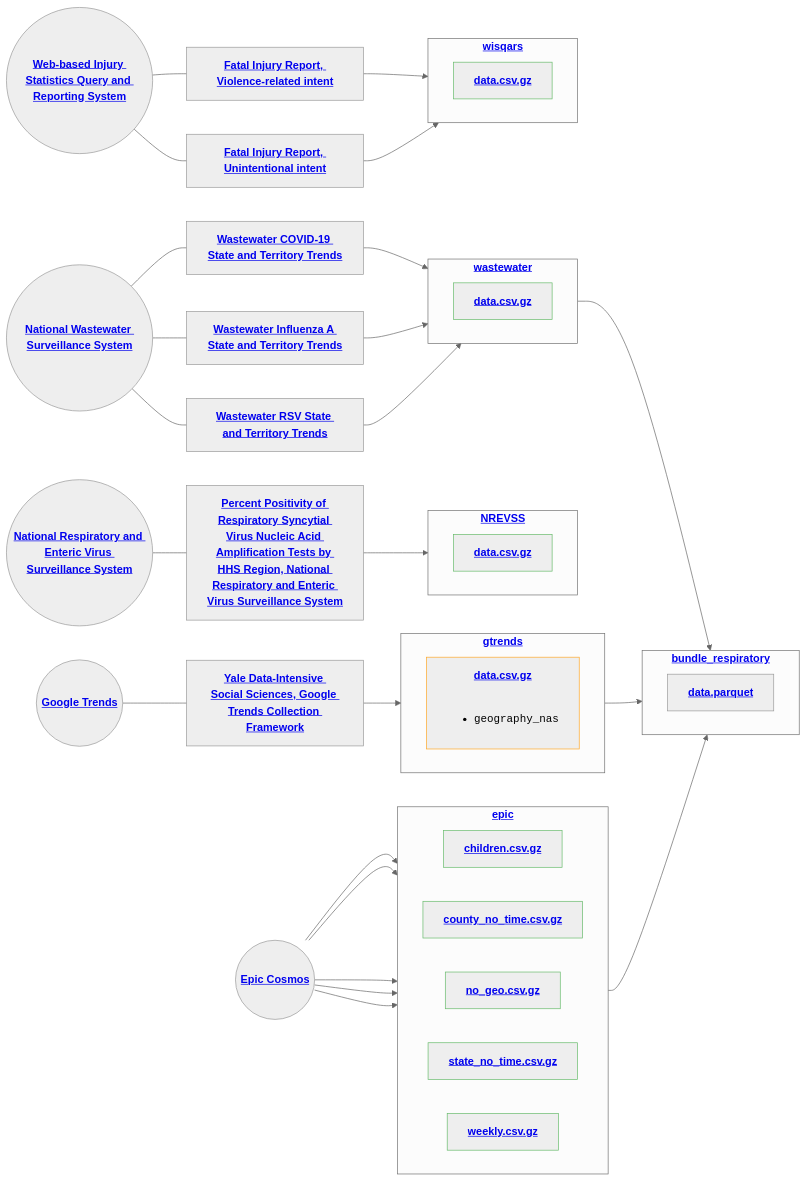
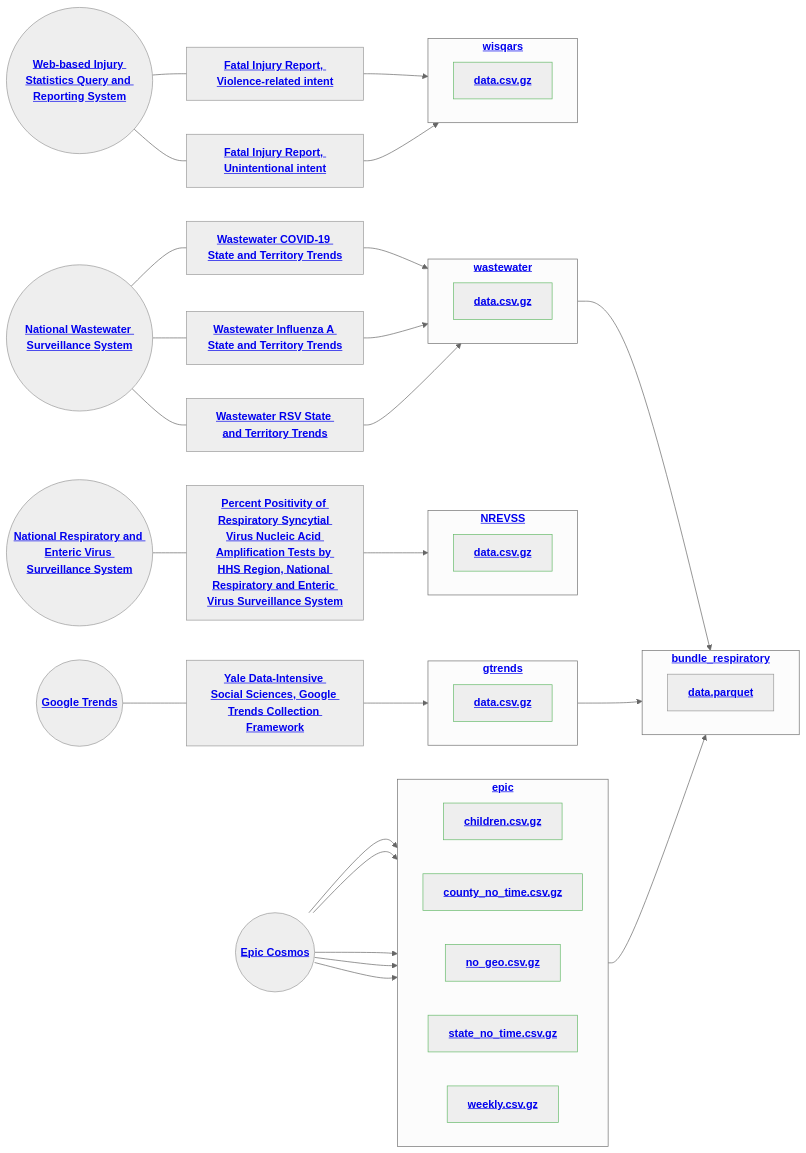
One commit to DISSC-yale/pophive_demo changed the diagram in status.md. Above: the diagram before and after it, drawn with Mermaid (neutral theme). The commit also changed 11 other files, not shown here.

````diff
--- a/status.md
+++ b/status.md
@@ -1,61 +1,61 @@
 ```mermaid
 flowchart LR
     classDef pass stroke:#66bb6a
     classDef warn stroke:#ffa726
     classDef fail stroke:#f44336
     s0(("<strong><a href="https://cosmos.epic.com" target="_blank" rel="noreferrer">Epic Cosmos</a></strong>"))
     s1(("<strong><a href="https://trends.google.com" target="_blank" rel="noreferrer">Google Trends</a></strong>"))
     s3(("<strong><a href="https://www.cdc.gov/nrevss" target="_blank" rel="noreferrer">National Respiratory and Enteric Virus Surveillance System</a></strong>"))
     s5(("<strong><a href="https://www.cdc.gov/nwss" target="_blank" rel="noreferrer">National Wastewater Surveillance System</a></strong>"))
     s9(("<strong><a href="https://wisqars.cdc.gov/" target="_blank" rel="noreferrer">Web-based Injury Statistics Query and Reporting System</a></strong>"))
     subgraph epic["`<strong><a href="https://github.com/dissc-yale/pophive_demo/tree/main/data/epic" target="_blank" rel="noreferrer">epic</a></strong>`"]
         direction LR
         n1["`<strong><a href="https://github.com/dissc-yale/pophive_demo/blob/main/data/epic/standard/children.csv.gz" target="_blank" rel="noreferrer">children.csv.gz</a></strong>`"]:::pass
         n2["`<strong><a href="https://github.com/dissc-yale/pophive_demo/blob/main/data/epic/standard/county_no_time.csv.gz" target="_blank" rel="noreferrer">county_no_time.csv.gz</a></strong>`"]:::pass
         n3["`<strong><a href="https://github.com/dissc-yale/pophive_demo/blob/main/data/epic/standard/no_geo.csv.gz" target="_blank" rel="noreferrer">no_geo.csv.gz</a></strong>`"]:::pass
         n4["`<strong><a href="https://github.com/dissc-yale/pophive_demo/blob/main/data/epic/standard/state_no_time.csv.gz" target="_blank" rel="noreferrer">state_no_time.csv.gz</a></strong>`"]:::pass
         n5["`<strong><a href="https://github.com/dissc-yale/pophive_demo/blob/main/data/epic/standard/weekly.csv.gz" target="_blank" rel="noreferrer">weekly.csv.gz</a></strong>`"]:::pass
     end
     subgraph gtrends["`<strong><a href="https://github.com/dissc-yale/pophive_demo/tree/main/data/gtrends" target="_blank" rel="noreferrer">gtrends</a></strong>`"]
         direction LR
-        n6["`<strong><a href="https://github.com/dissc-yale/pophive_demo/blob/main/data/gtrends/standard/data.csv.gz" target="_blank" rel="noreferrer">data.csv.gz</a></strong><br/><br/><ul><li><code>geography_nas</code></li></ul>`"]:::warn
+        n6["`<strong><a href="https://github.com/dissc-yale/pophive_demo/blob/main/data/gtrends/standard/data.csv.gz" target="_blank" rel="noreferrer">data.csv.gz</a></strong>`"]:::pass
     end
     subgraph NREVSS["`<strong><a href="https://github.com/dissc-yale/pophive_demo/tree/main/data/NREVSS" target="_blank" rel="noreferrer">NREVSS</a></strong>`"]
         direction LR
         n7["`<strong><a href="https://github.com/dissc-yale/pophive_demo/blob/main/data/NREVSS/standard/data.csv.gz" target="_blank" rel="noreferrer">data.csv.gz</a></strong>`"]:::pass
     end
     subgraph wastewater["`<strong><a href="https://github.com/dissc-yale/pophive_demo/tree/main/data/wastewater" target="_blank" rel="noreferrer">wastewater</a></strong>`"]
         direction LR
         n8["`<strong><a href="https://github.com/dissc-yale/pophive_demo/blob/main/data/wastewater/standard/data.csv.gz" target="_blank" rel="noreferrer">data.csv.gz</a></strong>`"]:::pass
     end
     subgraph wisqars["`<strong><a href="https://github.com/dissc-yale/pophive_demo/tree/main/data/wisqars" target="_blank" rel="noreferrer">wisqars</a></strong>`"]
         direction LR
         n9["`<strong><a href="https://github.com/dissc-yale/pophive_demo/blob/main/data/wisqars/standard/data.csv.gz" target="_blank" rel="noreferrer">data.csv.gz</a></strong>`"]:::pass
     end
     subgraph bundle_respiratory["`<strong><a href="https://github.com/dissc-yale/pophive_demo/tree/main/data/bundle_respiratory" target="_blank" rel="noreferrer">bundle_respiratory</a></strong>`"]
         direction LR
         n10["`<strong><a href="https://github.com/dissc-yale/pophive_demo/blob/main/data/bundle_respiratory/dist/data.parquet" target="_blank" rel="noreferrer">data.parquet</a></strong>`"]
     end
     s0 --> n1
     s0 --> n2
     s0 --> n3
     s0 --> n4
     s0 --> n5
     s1---s2["<strong><a href="https://github.com/DISSC-yale/gtrends_collection" target="_blank" rel="noreferrer">Yale Data-Intensive Social Sciences, Google Trends Collection Framework</a></strong>"]
     s2 --> n6
     s3---s4["<strong><a href="https://data.cdc.gov/resource/3cxc-4k8q" target="_blank" rel="noreferrer">Percent Positivity of Respiratory Syncytial Virus Nucleic Acid Amplification Tests by HHS Region, National Respiratory and Enteric Virus Surveillance System</a></strong>"]
     s4 --> n7
     s5---s6["<strong><a href="https://www.cdc.gov/nwss/rv/COVID19-statetrend.html" target="_blank" rel="noreferrer">Wastewater COVID-19 State and Territory Trends</a></strong>"]
     s6 --> n8
     s5---s7["<strong><a href="https://www.cdc.gov/nwss/rv/InfluenzaA-statetrend.html" target="_blank" rel="noreferrer">Wastewater Influenza A State and Territory Trends</a></strong>"]
     s7 --> n8
     s5---s8["<strong><a href="https://www.cdc.gov/nwss/rv/RSV-statetrend.html" target="_blank" rel="noreferrer">Wastewater RSV State and Territory Trends</a></strong>"]
     s8 --> n8
     s9---s10["<strong><a href="https://wisqars.cdc.gov/reports/?o=MORT&i=8&m=20810&s=0&r=0&ry=2&y1=2018&y2=2023&a=ALL&g1=0&g2=199&a1=0&a2=199&r1=MECH&r2=AGEGP&r3=STATE&r4=YEAR&r5=NONE&r6=NONE&g=00&e=0&yp=65&me=0&t=0" target="_blank" rel="noreferrer">Fatal Injury Report, Violence-related intent</a></strong>"]
     s10 --> n9
     s9---s11["<strong><a href="https://wisqars.cdc.gov/reports/?o=MORT&i=1&m=20810&s=0&r=0&ry=2&y1=2018&y2=2023&a=ALL&g1=0&g2=199&a1=0&a2=199&r1=MECH&r2=AGEGP&r3=STATE&r4=YEAR&r5=NONE&r6=NONE&g=00&e=0&yp=65&me=0&t=0" target="_blank" rel="noreferrer">Fatal Injury Report, Unintentional intent</a></strong>"]
     s11 --> n9
     n5 --> bundle_respiratory
     n6 --> bundle_respiratory
     n8 --> bundle_respiratory
 ```
````
